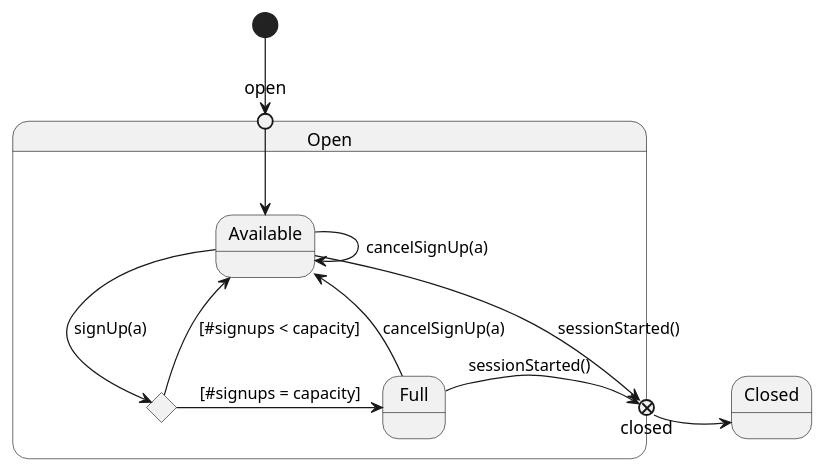
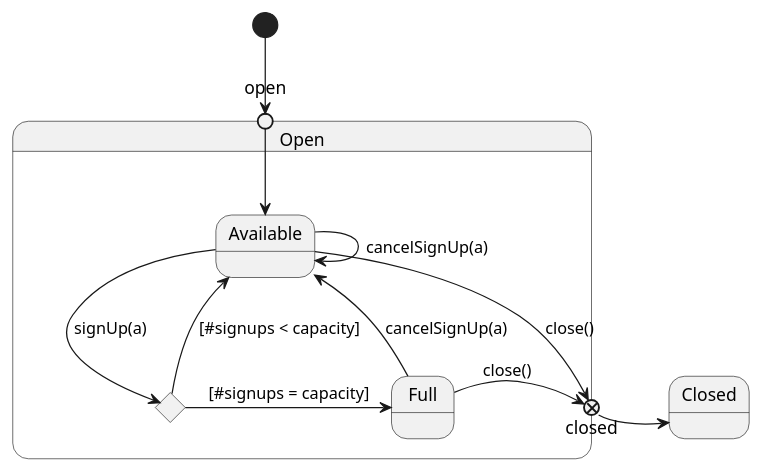
Before and after one commit to npryce/learn-you-a-kotlin: the second of 3 diagrams in INSTRUCTIONS.part4.md, drawn with PlantUML. The commit also changed other lines of this file and 4 other files, not shown here.

```diff
--- a/INSTRUCTIONS.part4.md
+++ b/INSTRUCTIONS.part4.md
@@ -392,21 +392,21 @@
 ~~~plantuml
 
 state Open {
     state choice <<choice>>
     state closed <<exitPoint>>
     state open <<entryPoint>>
     
     open -down-> Available
     Available -down-> Available : cancelSignUp(a)
     Available -right-> choice : signUp(a)
     choice -right-> Full : [#signups = capacity]
     choice -up-> Available : [#signups < capacity]
     Full -left-> Available : cancelSignUp(a)
     
-    Available -> closed : sessionStarted()
-    Full -> closed : sessionStarted()
+    Available -> closed : close()
+    Full -> closed : close()
 }
 
 [*] -down-> open
 closed -> Closed
 ~~~
```
